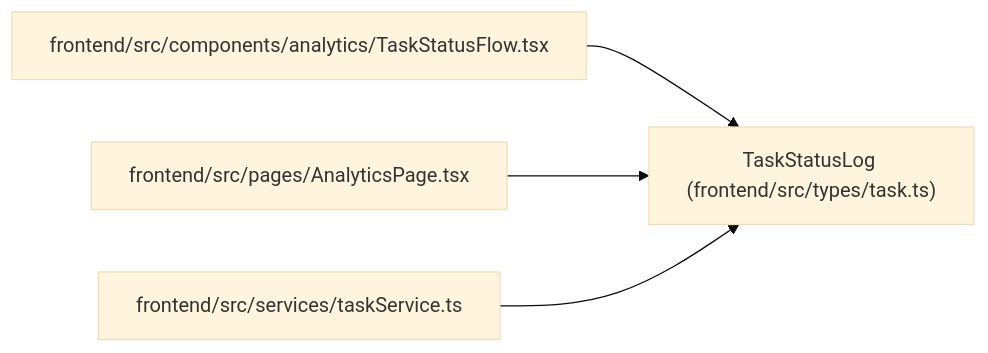
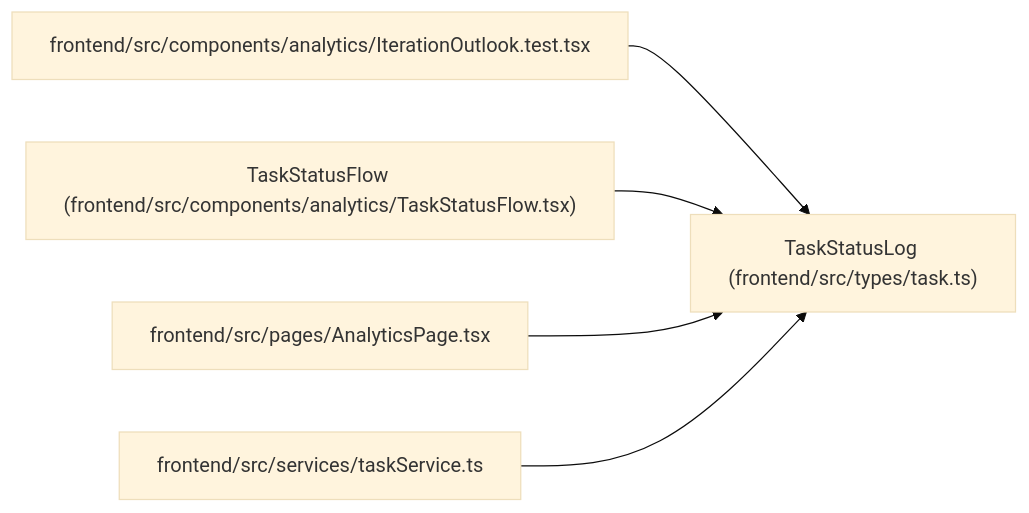
One commit to Denissvgn/WorkChord changed the diagram in docs/llm_wiki/entities/types_task_TaskStatusLog.md. Above: the diagram before and after it, drawn with Mermaid (base theme). The commit also changed other lines of this file and 392 other files, not shown here.

Commit message:
docs(wiki): refresh for the Analytics outlook

````diff
--- a/docs/llm_wiki/entities/types_task_TaskStatusLog.md
+++ b/docs/llm_wiki/entities/types_task_TaskStatusLog.md
@@ -33,14 +33,17 @@
 ```mermaid
 flowchart LR
     n0["TaskStatusLog (frontend/src/types/task.ts)"]
-    n1["frontend/src/components/analytics/TaskStatusFlow.tsx"]
-    n2["frontend/src/pages/AnalyticsPage.tsx"]
-    n3["frontend/src/services/taskService.ts"]
+    n1["frontend/src/components/analytics/IterationOutlook.test.tsx"]
+    n2["TaskStatusFlow (frontend/src/components/analytics/TaskStatusFlow.tsx)"]
+    n3["frontend/src/pages/AnalyticsPage.tsx"]
+    n4["frontend/src/services/taskService.ts"]
     n1 --> n0
     n2 --> n0
     n3 --> n0
+    n4 --> n0
     click n0 "../modules/types_task.md"
-    click n1 "../modules/TaskStatusFlow.md"
-    click n2 "../modules/AnalyticsPage.md"
-    click n3 "../modules/taskService.md"
+    click n1 "../modules/IterationOutlook.test.md"
+    click n2 "../modules/TaskStatusFlow.md"
+    click n3 "../modules/AnalyticsPage.md"
+    click n4 "../modules/taskService.md"
 ```
````
